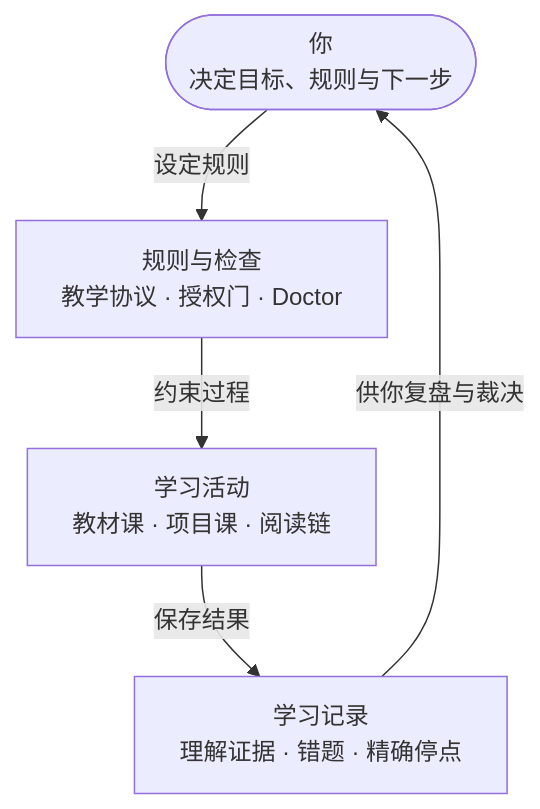
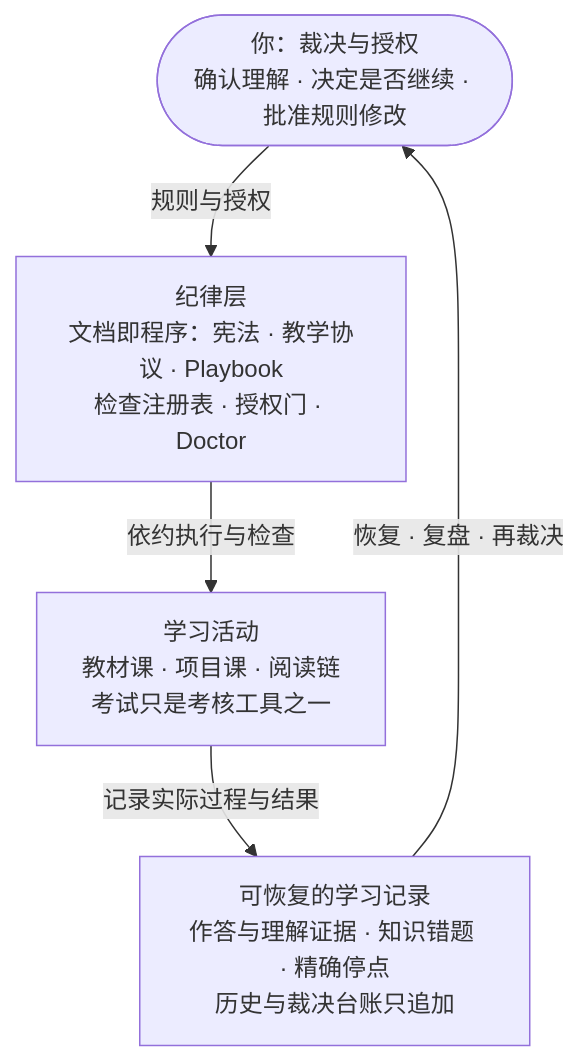
One commit to lungstrahv/T2AG changed the first of 4 diagrams in README.md. Above: the diagram before and after it, drawn with Mermaid. The commit also changed other lines of this file, not shown here.

Commit message:
docs: restore the learning and system-improvement loops in workflow diagrams

````diff
--- a/README.md
+++ b/README.md
@@ -30,12 +33,12 @@
 ```mermaid
 flowchart TB
-    learner(["你<br/>决定目标、规则与下一步"])
-    discipline["规则与检查<br/>教学协议 · 授权门 · Doctor"]
-    learning["学习活动<br/>教材课 · 项目课 · 阅读链"]
-    evidence["学习记录<br/>理解证据 · 错题 · 精确停点"]
+    learner(["你：裁决与授权<br/>确认理解 · 决定是否继续 · 批准规则修改"])
+    discipline["纪律层<br/>文档即程序：宪法 · 教学协议 · Playbook<br/>检查注册表 · 授权门 · Doctor"]
+    learning["学习活动<br/>教材课 · 项目课 · 阅读链<br/>考试只是考核工具之一"]
+    records["可恢复的学习记录<br/>作答与理解证据 · 知识错题 · 精确停点<br/>历史与裁决台账只追加"]
 
-    learner -->|设定规则| discipline
-    discipline -->|约束过程| learning
-    learning -->|保存结果| evidence
-    evidence -->|供你复盘与裁决| learner
+    learner -->|规则与授权| discipline
+    discipline -->|依约执行与检查| learning
+    learning -->|记录实际过程与结果| records
+    records -->|恢复 · 复盘 · 再裁决| learner
 ```
````
